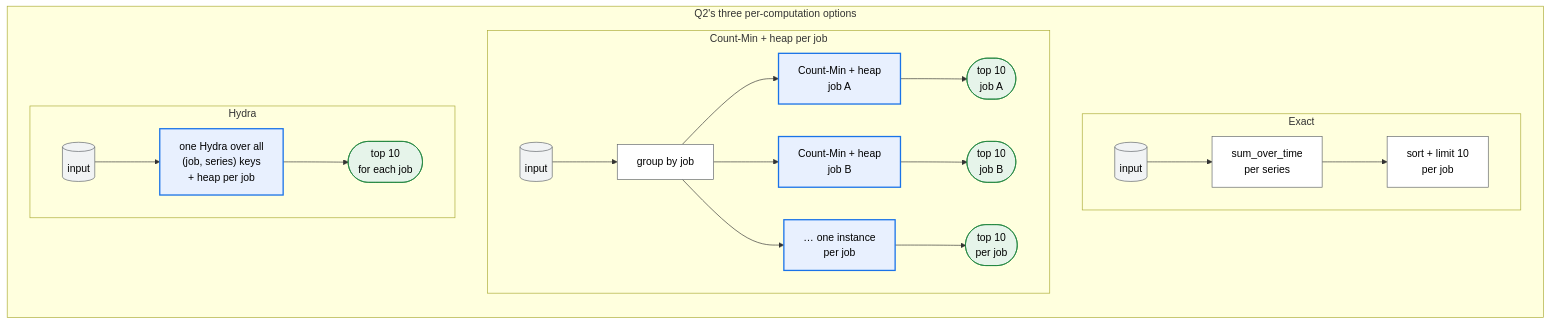
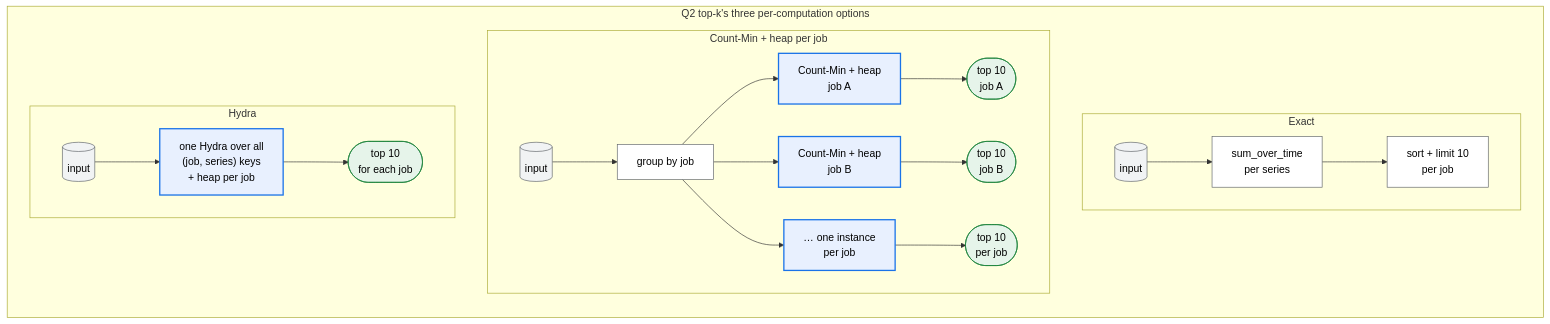
Before and after one commit to ProjectASAP/ASAPPlanner: the eighth of 16 diagrams in docs/design_docs/proposals/planner-layering.md, drawn with Mermaid. The commit also changed other lines of this file and 2 other files, not shown here.

````diff
--- a/docs/design_docs/proposals/planner-layering.md
+++ b/docs/design_docs/proposals/planner-layering.md
@@ -929,25 +966,25 @@
 ```mermaid
 flowchart LR
-  subgraph C["Q2's three per-computation options"]
+  subgraph C["Q2 top-k's three per-computation options"]
     direction TB
     subgraph E["Exact"]
       direction LR
       e1[("input")]:::data --> e2["sum_over_time<br/>per series"]:::exact --> e3["sort + limit 10<br/>per job"]:::exact
     end
     subgraph CM["Count-Min + heap per job"]
       direction LR
       c1[("input")]:::data --> cg["group by job"]:::exact
       cg --> ca["Count-Min + heap<br/>job A"]:::summary --> ra(["top 10<br/>job A"]):::estimate
       cg --> cb["Count-Min + heap<br/>job B"]:::summary --> rb(["top 10<br/>job B"]):::estimate
       cg --> cn["… one instance<br/>per job"]:::summary --> rn(["top 10<br/>per job"]):::estimate
     end
     subgraph H["Hydra"]
       direction LR
       h1[("input")]:::data --> h2["one Hydra over all<br/>(job, series) keys<br/>+ heap per job"]:::summary --> h3(["top 10<br/>for each job"]):::estimate
     end
   end
   classDef data fill:#f1f3f4,stroke:#5f6368,color:#000;
   classDef exact fill:#fff,stroke:#5f6368,color:#000;
   classDef summary fill:#e8f0fe,stroke:#1a73e8,stroke-width:2px,color:#000;
   classDef estimate fill:#e6f4ea,stroke:#188038,color:#000;
 ```
````
